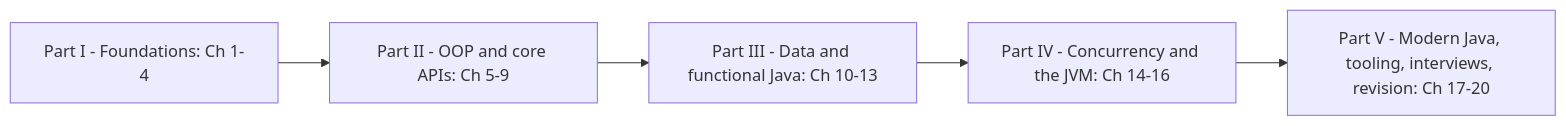
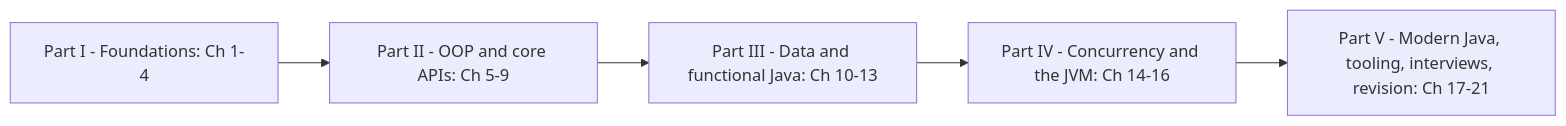
One commit to vsns11/interview_notes changed the diagram in java/README.md. Above: the diagram before and after it, drawn with Mermaid. The commit also changed other lines of this file and 3 other files, not shown here.

````diff
--- a/java/README.md
+++ b/java/README.md
@@ -45,7 +46,7 @@
 ```mermaid
 flowchart LR
     A["Part I - Foundations: Ch 1-4"] --> B["Part II - OOP and core APIs: Ch 5-9"]
     B --> C["Part III - Data and functional Java: Ch 10-13"]
     C --> D["Part IV - Concurrency and the JVM: Ch 14-16"]
-    D --> E["Part V - Modern Java, tooling, interviews, revision: Ch 17-20"]
+    D --> E["Part V - Modern Java, tooling, interviews, revision: Ch 17-21"]
 ```
````
